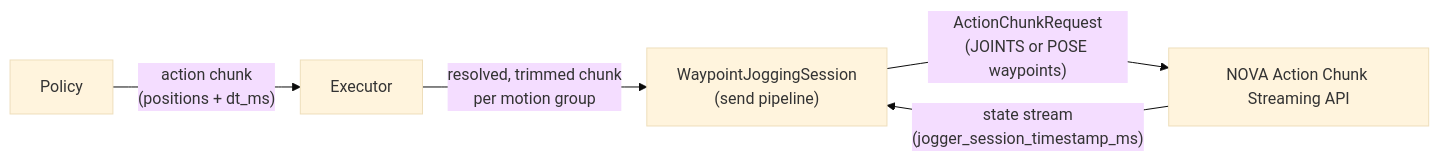
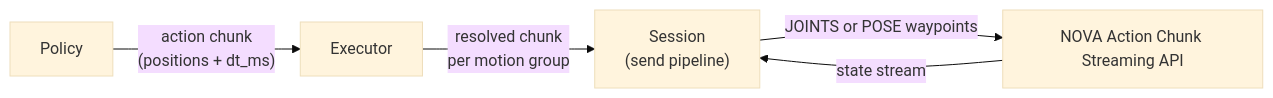
Before and after one commit to wandelbotsgmbh/wandelbots-nova: the diagram in novapolicy/docs/executor.md, drawn with Mermaid (base theme). The commit also changed other lines of this file and 49 other files, not shown here.

````diff
--- a/novapolicy/docs/executor.md
+++ b/novapolicy/docs/executor.md
@@ -9,7 +28,7 @@
 ```mermaid
 flowchart LR
     Policy["Policy"] -->|"action chunk\n(positions + dt_ms)"| Executor
-    Executor -->|"resolved, trimmed chunk\nper motion group"| Session["WaypointJoggingSession\n(send pipeline)"]
-    Session -->|"ActionChunkRequest\n(JOINTS or POSE waypoints)"| NOVA["NOVA Action Chunk Streaming API"]
-    NOVA -->|"state stream\n(jogger_session_timestamp_ms)"| Session
+    Executor -->|"resolved chunk\nper motion group"| Session["Session\n(send pipeline)"]
+    Session -->|"JOINTS or POSE waypoints"| NOVA["NOVA Action Chunk Streaming API"]
+    NOVA -->|"state stream"| Session
 ```
````
